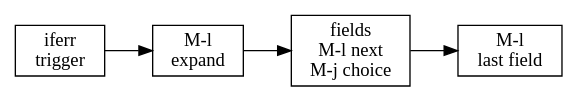
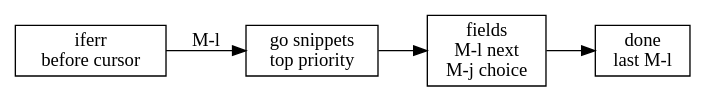
Before and after one commit to Piotr1215/youtube: the diagram in nvim-luasnip-ai-alternative/diagrams/snippet-expansion.dot, drawn with Graphviz. The commit also changed 15 other files, not shown here.

First line of the commit message:
feat(nvim-luasnip-ai-alternative): explain syntax trees with diagrams and triage findings with classif

```diff
--- a/nvim-luasnip-ai-alternative/diagrams/snippet-expansion.dot
+++ b/nvim-luasnip-ai-alternative/diagrams/snippet-expansion.dot
@@ -1,11 +1,13 @@
 digraph snippet_expansion {
   rankdir=LR;
   node [shape=box];
 
-  trigger [label="iferr\ntrigger"];
-  expand [label="M-l\nexpand"];
+  trigger [label="iferr\nbefore cursor"];
+  lookup [label="go snippets\ntop priority"];
   fields [label="fields\nM-l next\nM-j choice"];
-  done [label="M-l\nlast field"];
+  done [label="done\nlast M-l"];
 
-  trigger -> expand -> fields -> done;
+  trigger -> lookup [label="M-l"];
+  lookup -> fields;
+  fields -> done;
 }
```
